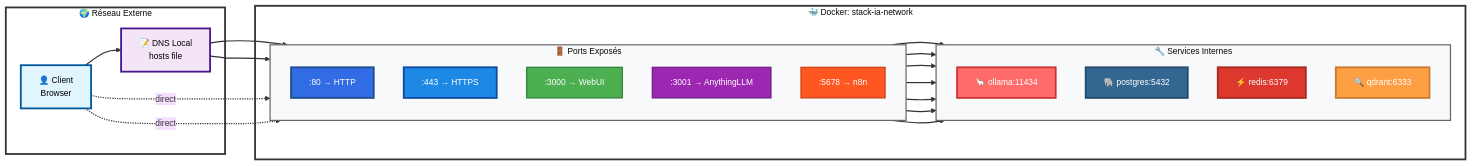
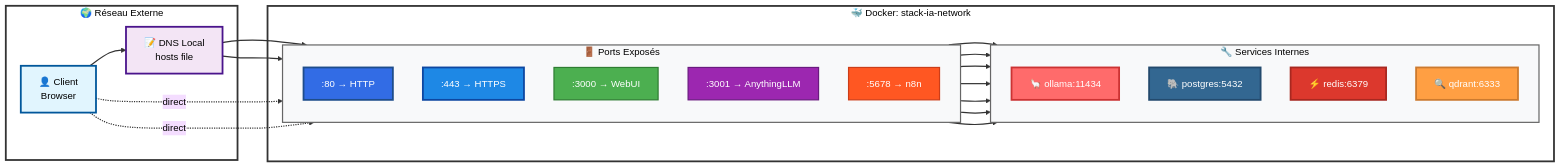
Before and after one commit to MPFabio/Stack-IA: the fifth of 14 diagrams in docs/ARCHITECTURE.md, drawn with Mermaid. The commit also changed other lines of this file, not shown here.

First line of the commit message:
feat(docs): Fonds colorés sur TOUS les diagrammes

````diff
--- a/docs/ARCHITECTURE.md
+++ b/docs/ARCHITECTURE.md
@@ -319,59 +319,59 @@
 ```mermaid
-%%{init: {'theme':'base', 'themeVariables': { 'fontSize':'14px'}}}%%
+%%{init: {'theme':'base', 'themeVariables': {'background':'#e8f5e9','mainBkg':'#e8f5e9','primaryTextColor':'#000','secondaryTextColor':'#000','tertiaryTextColor':'#000','lineColor':'#000','textColor':'#000'}}}%%
 graph LR
     subgraph EXT["🌍 Réseau Externe"]
         CLIENT["👤 Client<br/>Browser"]
         DNS["📝 DNS Local<br/>hosts file"]
     end
     
     subgraph DOCKER["🐳 Docker: stack-ia-network"]
         subgraph PORTS["🚪 Ports Exposés"]
             direction TB
             P80[":80 → HTTP"]
             P443[":443 → HTTPS"]
             P3000[":3000 → WebUI"]
             P3001[":3001 → AnythingLLM"]
             P5678[":5678 → n8n"]
         end
         
         subgraph SERVICES["🔧 Services Internes"]
             direction TB
             OLLAMA["🦙 ollama:11434"]
             POSTGRES["🐘 postgres:5432"]
             REDIS["⚡ redis:6379"]
             QDRANT["🔍 qdrant:6333"]
         end
     end
     
     CLIENT --> DNS
     DNS ==> P80
     DNS ==> P443
     CLIENT -.direct.-> P3000
     CLIENT -.direct.-> P3001
     
     P80 ==> OLLAMA
     P80 ==> QDRANT
     P3000 --> OLLAMA
     P3001 --> OLLAMA
     P3001 --> QDRANT
     P5678 --> POSTGRES
     P5678 --> REDIS
     
     style CLIENT fill:#e1f5fe,stroke:#01579b,stroke-width:3px,color:#000
     style DNS fill:#f3e5f5,stroke:#4a148c,stroke-width:3px,color:#000
     style P80 fill:#326ce5,stroke:#1e4d8b,stroke-width:3px,color:#fff
     style P443 fill:#1e88e5,stroke:#0d47a1,stroke-width:3px,color:#fff
     style P3000 fill:#4CAF50,stroke:#2e7d32,stroke-width:2px,color:#fff
     style P3001 fill:#9C27B0,stroke:#6a1b7f,stroke-width:2px,color:#fff
     style P5678 fill:#FF5722,stroke:#cc3d18,stroke-width:2px,color:#fff
     style OLLAMA fill:#ff6b6b,stroke:#cc3333,stroke-width:3px,color:#fff
     style POSTGRES fill:#336791,stroke:#234a6d,stroke-width:3px,color:#fff
     style REDIS fill:#dc382d,stroke:#a82820,stroke-width:3px,color:#fff
     style QDRANT fill:#ff9f43,stroke:#cc7a2e,stroke-width:3px,color:#fff
     style EXT fill:#ffffff,stroke:#333,stroke-width:3px
     style DOCKER fill:#ffffff,stroke:#333,stroke-width:3px
     style PORTS fill:#f8f9fa,stroke:#666,stroke-width:2px
     style SERVICES fill:#f8f9fa,stroke:#666,stroke-width:2px
     
     linkStyle default stroke:#333,stroke-width:2px
 ```
````
